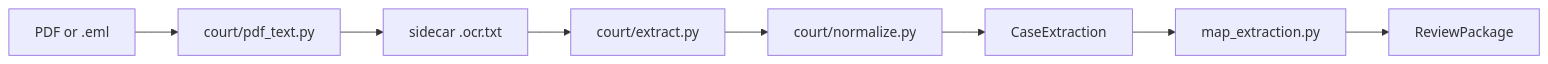
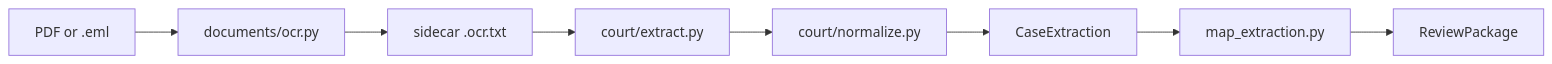
The second of 3 diagrams in docs/architecture.md (hasanht0628/polly), drawn with Mermaid before and after one commit. The commit also changed other lines of this file and 28 other files, not shown here.

````diff
--- a/docs/architecture.md
+++ b/docs/architecture.md
@@ -58,19 +58,19 @@
 ```mermaid
 flowchart LR
   pdf[PDF or .eml]
-  ocr[court/pdf_text.py]
+  ocr[documents/ocr.py]
   cache["sidecar .ocr.txt"]
   extract[court/extract.py]
   norm[court/normalize.py]
   caseExt[CaseExtraction]
   map[map_extraction.py]
   pkg[ReviewPackage]
 
   pdf --> ocr
   ocr --> cache
   cache --> extract
   extract --> norm
   norm --> caseExt
   caseExt --> map
   map --> pkg
 ```
````
